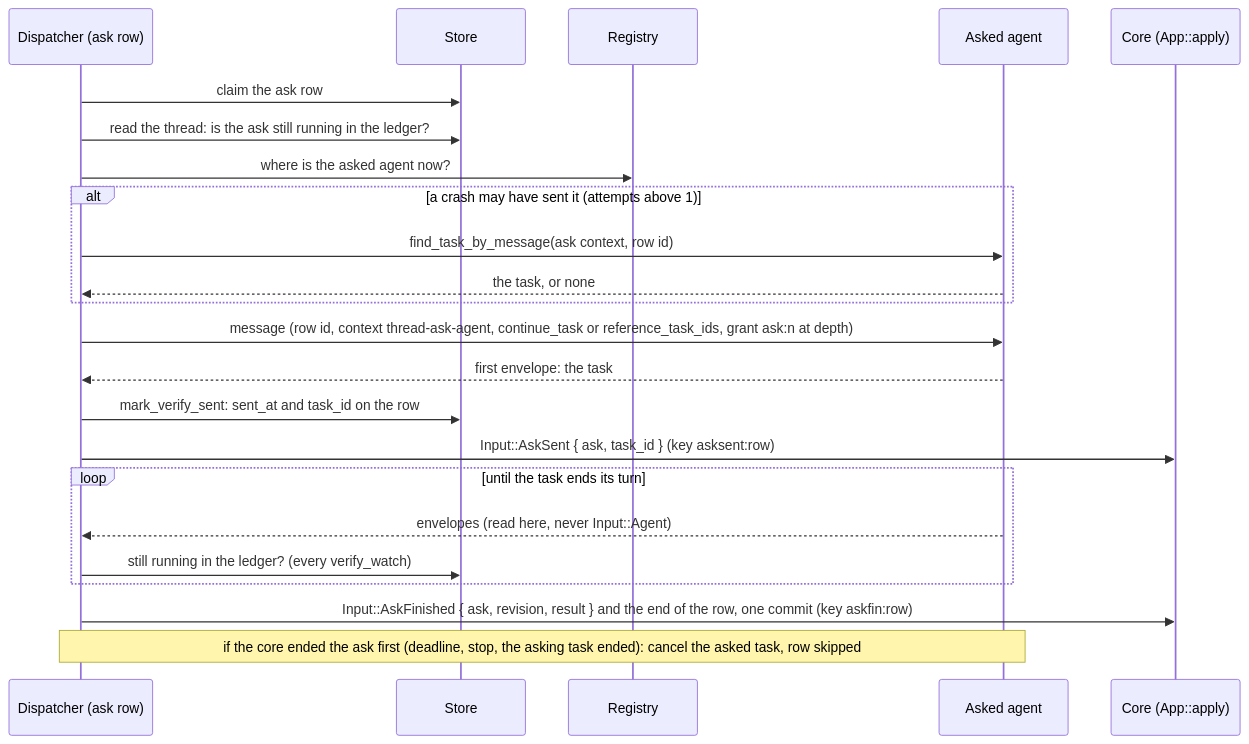
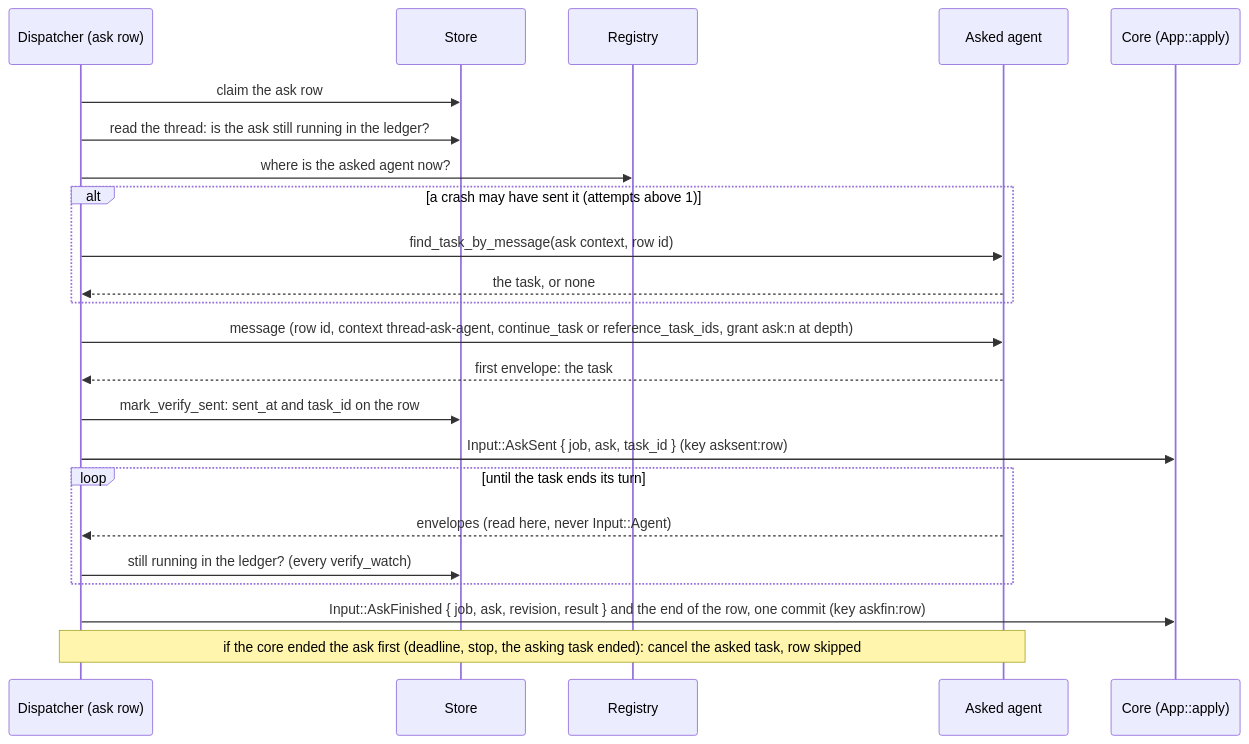
Diagram 12 of 40 in docs/orchestrator.md (vymalo/another-agentic-system), drawn with Mermaid before and after one commit. The commit also changed other lines of this file and 73 other files, not shown here.

````diff
--- a/docs/orchestrator.md
+++ b/docs/orchestrator.md
@@ -684,25 +682,25 @@
 ```mermaid
 sequenceDiagram
   participant D as Dispatcher (ask row)
   participant S as Store
   participant R as Registry
   participant B as Asked agent
   participant C as Core (App::apply)
   D->>S: claim the ask row
   D->>S: read the thread: is the ask still running in the ledger?
   D->>R: where is the asked agent now?
   alt a crash may have sent it (attempts above 1)
     D->>B: find_task_by_message(ask context, row id)
     B-->>D: the task, or none
   end
   D->>B: message (row id, context thread-ask-agent, continue_task or reference_task_ids, grant ask:n at depth)
   B-->>D: first envelope: the task
   D->>S: mark_verify_sent: sent_at and task_id on the row
-  D->>C: Input::AskSent { ask, task_id } (key asksent:row)
+  D->>C: Input::AskSent { job, ask, task_id } (key asksent:row)
   loop until the task ends its turn
     B-->>D: envelopes (read here, never Input::Agent)
     D->>S: still running in the ledger? (every verify_watch)
   end
-  D->>C: Input::AskFinished { ask, revision, result } and the end of the row, one commit (key askfin:row)
+  D->>C: Input::AskFinished { job, ask, revision, result } and the end of the row, one commit (key askfin:row)
   Note over D,B: if the core ended the ask first (deadline, stop, the asking task ended): cancel the asked task, row skipped
 ```
````
